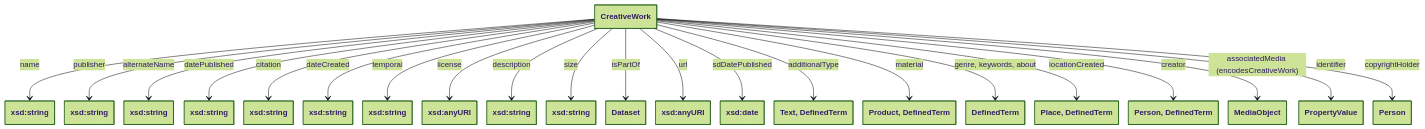
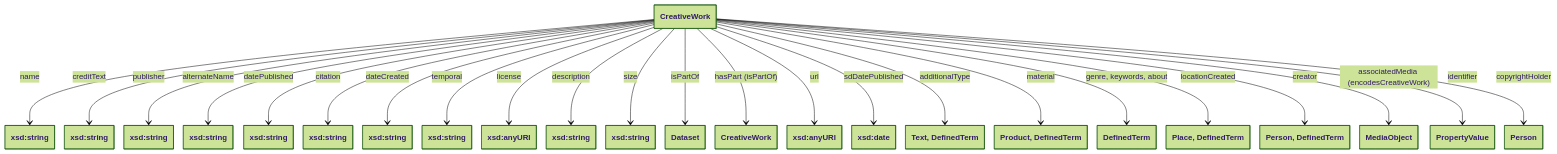
The first of 7 diagrams in docs/datamodel.md (collectienederland/schema-profile), drawn with Mermaid before and after one commit. The commit also changed other lines of this file, not shown here.

```diff
--- a/docs/datamodel.md
+++ b/docs/datamodel.md
@@ -3,75 +3,81 @@
 <pre class="mermaid">
 ---
   config:
     theme: forest
     nodeSpacing: 20
-    rankSpacing: 100
+    rankSpacing: 150
     class:  
       hideEmptyMembersBox: true
 ---
 classDiagram
 class creativework["CreativeWork"]
 
 class lit_name["xsd:string"]
 creativework --> lit_name: name
+
+class lit_cretext["xsd:string"]
+creativework --> lit_cretext: creditText
 
 class lit_publisher["xsd:string"]
 creativework --> lit_publisher: publisher
 
 class lit_alternateName["xsd:string"]
 creativework --> lit_alternateName: alternateName
 
 class lit_datePublished["xsd:string"]
 creativework --> lit_datePublished: datePublished
 
 class lit_citation["xsd:string"]
 creativework --> lit_citation: citation
 
 class lit_1["xsd:string"]
 creativework --> lit_1: dateCreated
 
 class lit_22["xsd:string"]
 creativework --> lit_22: temporal
 
 class lit_24["xsd:anyURI"]
 creativework --> lit_24: license
 
 class lit_9["xsd:string"]
 creativework --> lit_9: description
 
 class lit_13["xsd:string"]
 creativework --> lit_13: size
 
 class lit_14["Dataset"]
 creativework --> lit_14: isPartOf
 
+class lit_40["CreativeWork"]
+creativework --> lit_40: hasPart (isPartOf)
+
 class lit_17["xsd:anyURI"]
 creativework --> lit_17: url
 
 class lit_25["xsd:date"]
 creativework --> lit_25: sdDatePublished
 
 class additional["Text, DefinedTerm"]
 creativework --> additional: additionalType
 
 class product["Product, DefinedTerm"]
 creativework --> product: material
 
 class defterm["DefinedTerm"]
 creativework --> defterm: genre, keywords, about
 
 class place["Place, DefinedTerm"]
 creativework --> place: locationCreated
 
 class person["Person, DefinedTerm"]
 creativework --> person: creator
 
 class mediaobject["MediaObject"]
 creativework --> mediaobject: associatedMedia (encodesCreativeWork)
 
 class propval["PropertyValue"]
 creativework --> propval: identifier
 
 class copyperson["Person"]
 creativework --> copyperson: copyrightHolder
 </pre>
```
